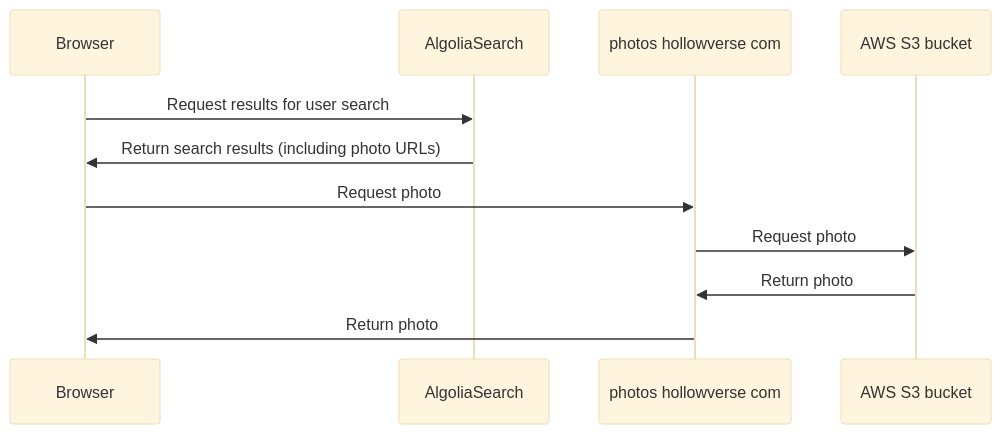
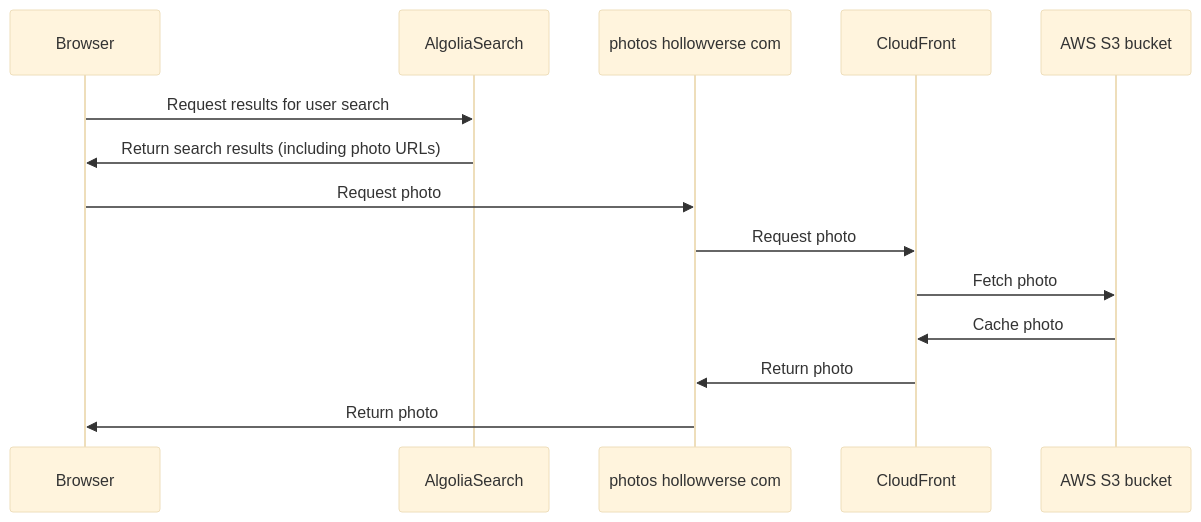
The second of 3 diagrams in afterDownloadingIndexHtml/afterDownloadingIndexHtml.md (hollowverse-archive/architecture), drawn with Mermaid (base theme) before and after one commit. The commit also changed other lines of this file, not shown here.

Commit message:
Add CF to sequence diagrams

````diff
--- a/afterDownloadingIndexHtml/afterDownloadingIndexHtml.md
+++ b/afterDownloadingIndexHtml/afterDownloadingIndexHtml.md
@@ -27,14 +30,17 @@
 ```mermaid
 sequenceDiagram
     participant browser as Browser
     participant algolia as AlgoliaSearch
     participant photos as photos hollowverse com
+    participant cf as CloudFront
     participant s3 as AWS S3 bucket
 
     browser ->> algolia: Request results for user search
     algolia ->> browser: Return search results (including photo URLs)
     browser ->> photos: Request photo
-    photos ->> s3: Request photo
-    s3 ->> photos: Return photo
+    photos ->> cf: Request photo
+    cf ->> s3: Fetch photo
+    s3 ->> cf: Cache photo
+    cf ->> photos: Return photo
     photos ->> browser: Return photo
 ```
````
